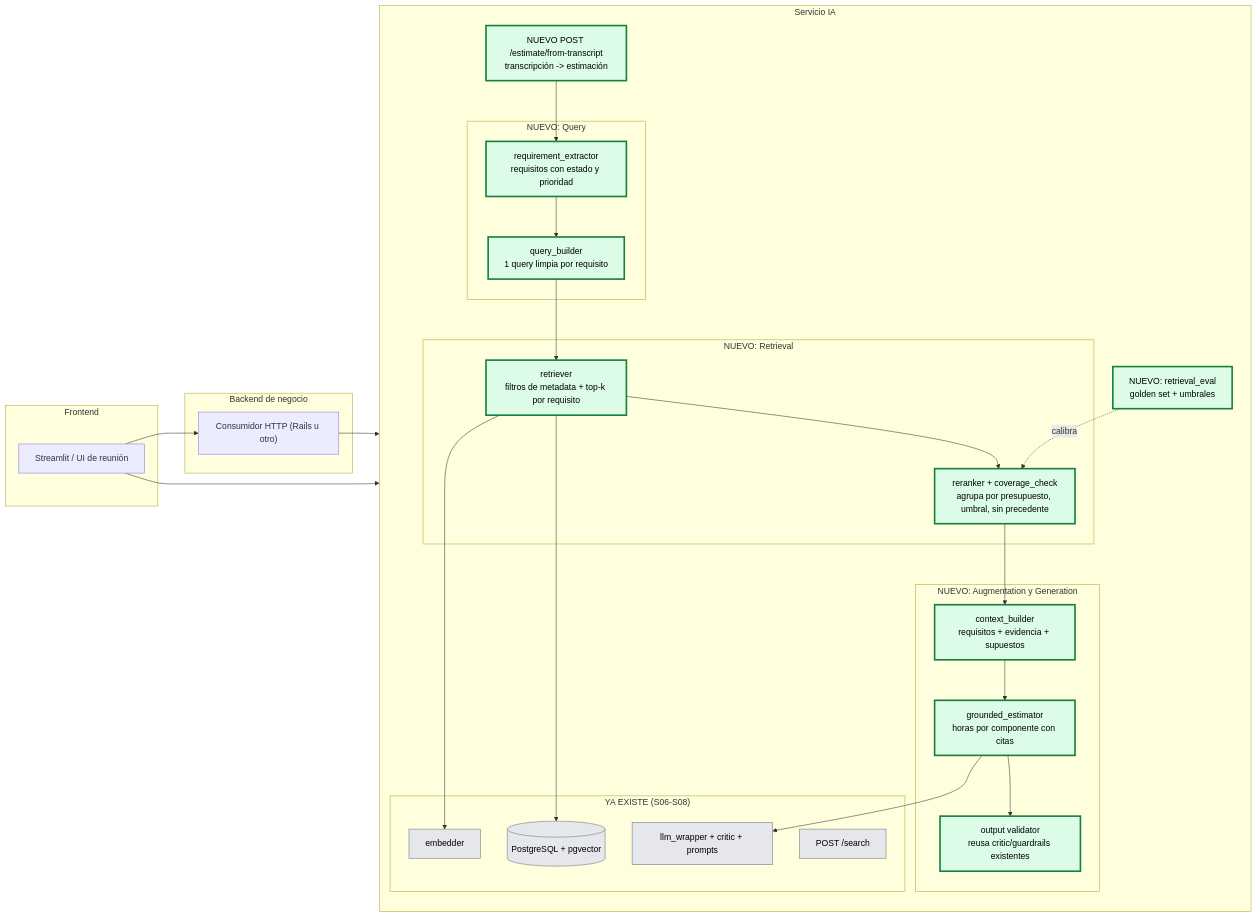
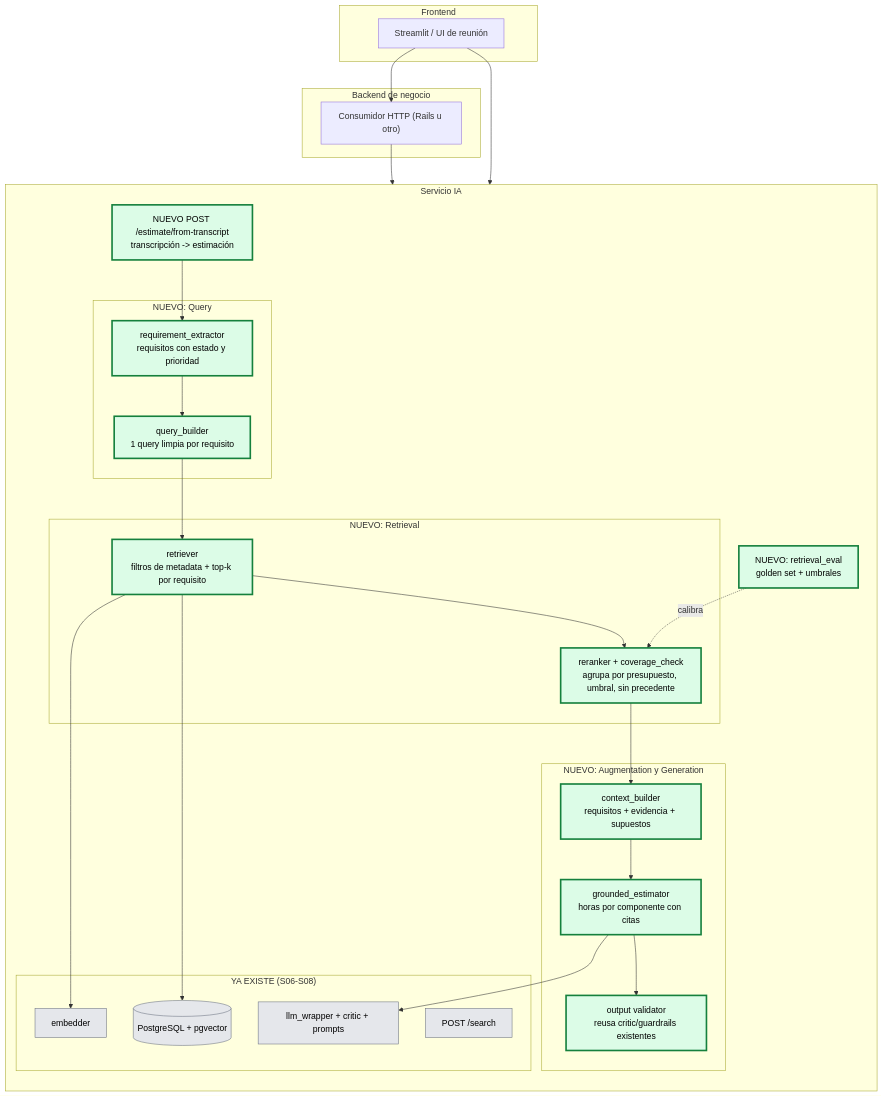
Before and after one commit to XYOX/lidr-estimador-cag: the second of 2 diagrams in arquitectura-actual.md, drawn with Mermaid. The commit also changed other lines of this file, not shown here.

Commit message:
Ajustar diagramas Mermaid: disposicion vertical y titulos legibles

````diff
--- a/arquitectura-actual.md
+++ b/arquitectura-actual.md
@@ -180,48 +180,48 @@
 ```mermaid
-flowchart LR
+flowchart TB
   subgraph FE["Frontend"]
     ST["Streamlit / UI de reunión"]
   end
   subgraph BE["Backend de negocio"]
     BN["Consumidor HTTP (Rails u otro)"]
   end
 
   subgraph AI["Servicio IA"]
     direction TB
     TIN["NUEVO POST /estimate/from-transcript<br/>transcripción -> estimación"]
     subgraph NEWQ["NUEVO: Query"]
       RX["requirement_extractor<br/>requisitos con estado y prioridad"]
       QB["query_builder<br/>1 query limpia por requisito"]
     end
     subgraph NEWR["NUEVO: Retrieval"]
       RET["retriever<br/>filtros de metadata + top-k por requisito"]
       RR["reranker + coverage_check<br/>agrupa por presupuesto, umbral, sin precedente"]
     end
     subgraph NEWA["NUEVO: Augmentation y Generation"]
       CB["context_builder<br/>requisitos + evidencia + supuestos"]
       GEN["grounded_estimator<br/>horas por componente con citas"]
       VAL["output validator<br/>reusa critic/guardrails existentes"]
     end
     subgraph OLD["YA EXISTE (S06-S08)"]
       EM["embedder"]
       PG[("PostgreSQL + pgvector")]
       LLM["llm_wrapper + critic + prompts"]
       SRCH["POST /search"]
     end
     EVAL["NUEVO: retrieval_eval<br/>golden set + umbrales"]
 
     TIN --> RX --> QB --> RET --> RR --> CB --> GEN --> VAL
     RET --> EM
     RET --> PG
     GEN --> LLM
     EVAL -.calibra.-> RR
   end
 
   ST --> BN --> TIN
   ST --> TIN
 
   classDef new fill:#dcfce7,stroke:#15803d,stroke-width:3px,color:#000;
   classDef old fill:#e5e7eb,stroke:#6b7280,color:#000;
   class TIN,RX,QB,RET,RR,CB,GEN,VAL,EVAL new;
   class EM,PG,LLM,SRCH old;
 ```
````
